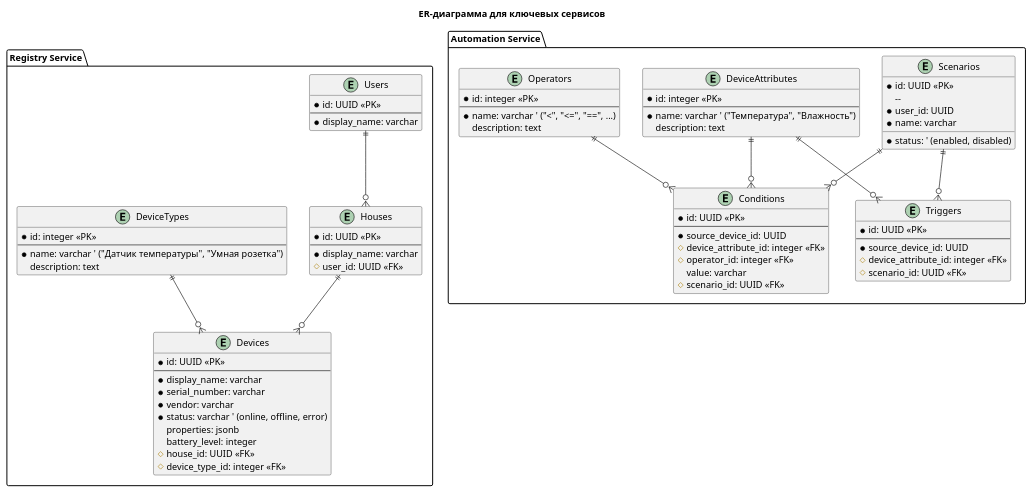
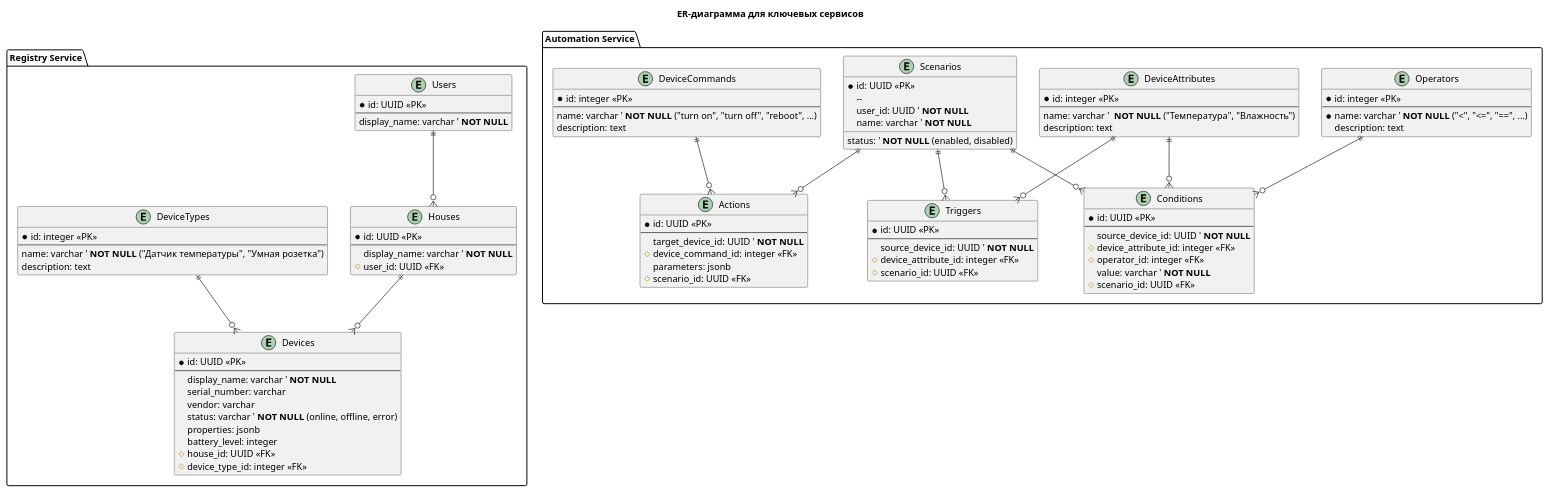
The diagram in docs/diagrams/ER_Diagram_CoreServices.puml (Manjago/arch-pro-sprint1), drawn with PlantUML before and after one commit.

Commit message:
package "Automation Service"

```diff
--- a/docs/diagrams/ER_Diagram_CoreServices.puml
+++ b/docs/diagrams/ER_Diagram_CoreServices.puml
@@ -1,150 +1,182 @@
 @startuml ER_Diagram_CoreServices
 
 title ER-диаграмма для ключевых сервисов
 
 package "Registry Service" {
 
 ' Пользователи
 entity "Users" {
   ' Уникальный идентификатор, синхронизируется с Users Service
   * id: UUID <<PK>>
   --
   ' Отображаемое имя, используется в интерфейсах поддержки
-  * display_name: varchar
+  display_name: varchar ' **NOT NULL**
 }
 
 ' Дома
 entity "Houses" {
   ' Уникальный идентификатор дома
   * id: UUID <<PK>>
   --
   ' Отображаемое имя (например, "Дача")
-  * display_name: varchar
+    display_name: varchar ' **NOT NULL**
   ' Внешний ключ на владельца дома
   # user_id: UUID <<FK>>
 }
 
 ' Устройства
 entity "Devices" {
   ' Уникальный идентификатор устройства
     * id: UUID <<PK>>
     --
   ' Отображаемое имя (например, "Нагреватель в спальне")
-    * display_name: varchar
-  ' Серийный номер производителя
-    * serial_number: varchar
+    display_name: varchar ' **NOT NULL**
+  ' Серийный номер производителя ' **NOT NULL**, noname устройства без серийного номера не подключаем
+    serial_number: varchar
   ' Вендор (по хорошему справочник, но упростим)
-    * vendor: varchar
+    vendor: varchar
   ' Статус (включен, выключен, поломался)
-    * status: varchar ' (online, offline, error)
+    status: varchar ' **NOT NULL** (online, offline, error)
   ' Дополнительные свойства
     properties: jsonb
   ' Уроверь батареи, в процентах
     battery_level: integer
   ' Внешний ключ на дом
     # house_id: UUID <<FK>>
   ' Внешний ключ на тип устройства
     # device_type_id: integer <<FK>>
   }
 
 ' Типы устройств
 entity "DeviceTypes" {
   ' Уникальный идентификатор типа устройства
     * id: integer <<PK>>
     --
   ' Имя 
-    * name: varchar ' ("Датчик температуры", "Умная розетка")
+    name: varchar ' **NOT NULL** ("Датчик температуры", "Умная розетка")
+  ' Необязательное описание
     description: text
   }
 
 
 ' У одного пользователя может быть 0 или больше домов
   Users ||--o{ Houses
 ' В доме может не быть устройств (ил ибыть много)
   Houses ||--o{ Devices
 ' Мы можем знать о типе устройств, но их пока нет
   DeviceTypes ||--o{ Devices
 }
 
 package "Automation Service" {
 
 ' Сценарии
 entity "Scenarios" {
 ' Идентификатор сценария    
   * id: UUID <<PK>>
     --
 ' Идентификатор пользователя, синхронизируется с Users Service
-  * user_id: UUID
+  user_id: UUID ' **NOT NULL**
 ' Человекочитаемое наименование сценария
-  * name: varchar
+  name: varchar ' **NOT NULL**
 ' Сценарий активен или приостановлен (enum более расширяемо, чем просто ищщдуфт)
-  * status: ' (enabled, disabled)
+  status: ' **NOT NULL** (enabled, disabled)
 }
 
 ' Атрибуты устройств (температура, влажность)
 entity "DeviceAttributes" {
   ' Уникальный идентификатор атрибута
     * id: integer <<PK>>
     --
   ' Имя 
-    * name: varchar ' ("Температура", "Влажность")
+    name: varchar '  **NOT NULL** ("Температура", "Влажность")
+  ' Необязательное описание
     description: text
   }
 
 
 ' Триггеры (на что реагируем)
 entity "Triggers" {
 ' Идентификатор триггера
   * id: UUID <<PK>>
   --
 ' На какое устройство реагируем (не внешний ключ, таблицы устройств тут не будет, будет ходить за метаданными чере API)    
-  * source_device_id: UUID 
+    source_device_id: UUID ' **NOT NULL**
 ' На какое его свойство? Например, "Температура"  
   # device_attribute_id: integer <<FK>>
 ' Триггер связан со сценарием
   # scenario_id: UUID <<FK>>
 }
 
 ' Операторы сравнения 
 entity "Operators" {
   ' Уникальный идентификатор атрибута
     * id: integer <<PK>>
     --
   ' Имя 
-    * name: varchar ' ("<", "<=", "==", ...)
+    * name: varchar ' **NOT NULL** ("<", "<=", "==", ...)
+  ' Необязательное описание
     description: text
   }
 
 
 ' Условия запуска
 entity "Conditions" {
   ' Идентификатор условия
   * id: UUID <<PK>>
   --
   ' Устройство, состояние которого проверяем
-  * source_device_id: UUID
+    source_device_id: UUID ' **NOT NULL**
   ' Проверяемое свойство (например, "Температура")
   # device_attribute_id: integer <<FK>>
   ' Оператор сравнения (например, "<")
   # operator_id: integer <<FK>>
   ' Целевое значение, с которым сравниваем
-  value: varchar
+  value: varchar ' **NOT NULL**
   ' Условие связано со сценарием
   # scenario_id: UUID <<FK>>
-}
+ }
+
+' Команды для устройств
+entity "DeviceCommands" {
+  ' Уникальный идентификатор атрибута
+    * id: integer <<PK>>
+    --
+  ' Имя 
+    name: varchar ' **NOT NULL** ("turn on", "turn off", "reboot", ...)
+  ' Необязательное описание
+    description: text
+  }
+
+
+' Действия
+entity "Actions" {
+  ' Идентификатор действия
+  * id: UUID <<PK>>
+  --
+  ' Устройство, с которым производим действие
+    target_device_id: UUID ' **NOT NULL**
+  ' Что именно делаем (например, включаем)
+  # device_command_id: integer <<FK>>
+  ' Дополнителные параметры, если нужны
+  parameters: jsonb
+  ' Действие связано со сценарием
+  # scenario_id: UUID <<FK>>
+ }
 
   ' Один атрибут может использоваться во многих триггерах
   DeviceAttributes ||--o{ Triggers
   ' Один атрибут может использоваться во многих условиях
   DeviceAttributes ||--o{ Conditions
 ' У одного сценария может быть ноль или несколько триггеров
   Scenarios ||--o{ Triggers
 ' У одного сценария может быть ноль или несколько условий
   Scenarios ||--o{ Conditions
+' У одного сценария может быть ноль или несколько действий
+  Scenarios ||--o{ Actions
 ' Один оператор может использоваться во многих условиях
   Operators ||--o{ Conditions
+' Одна команда может использоваться во многих действиях
+  DeviceCommands ||--o{ Actions
 }
 
-
-
 @enduml
```
